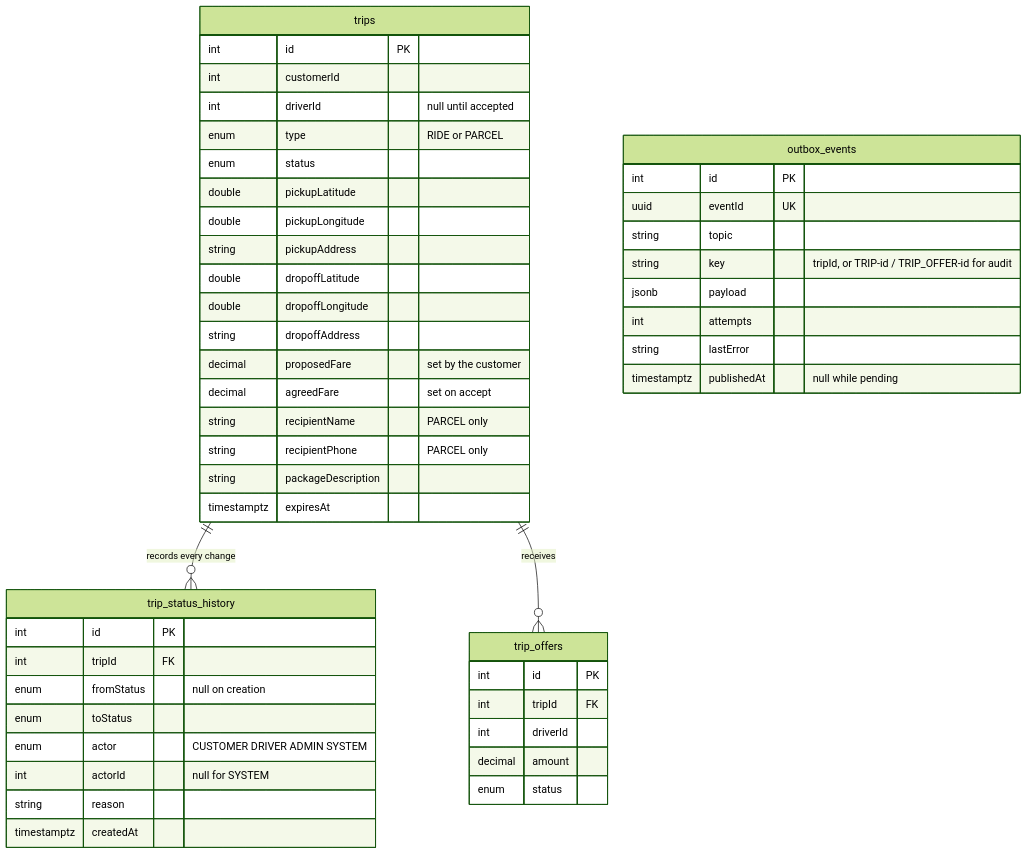
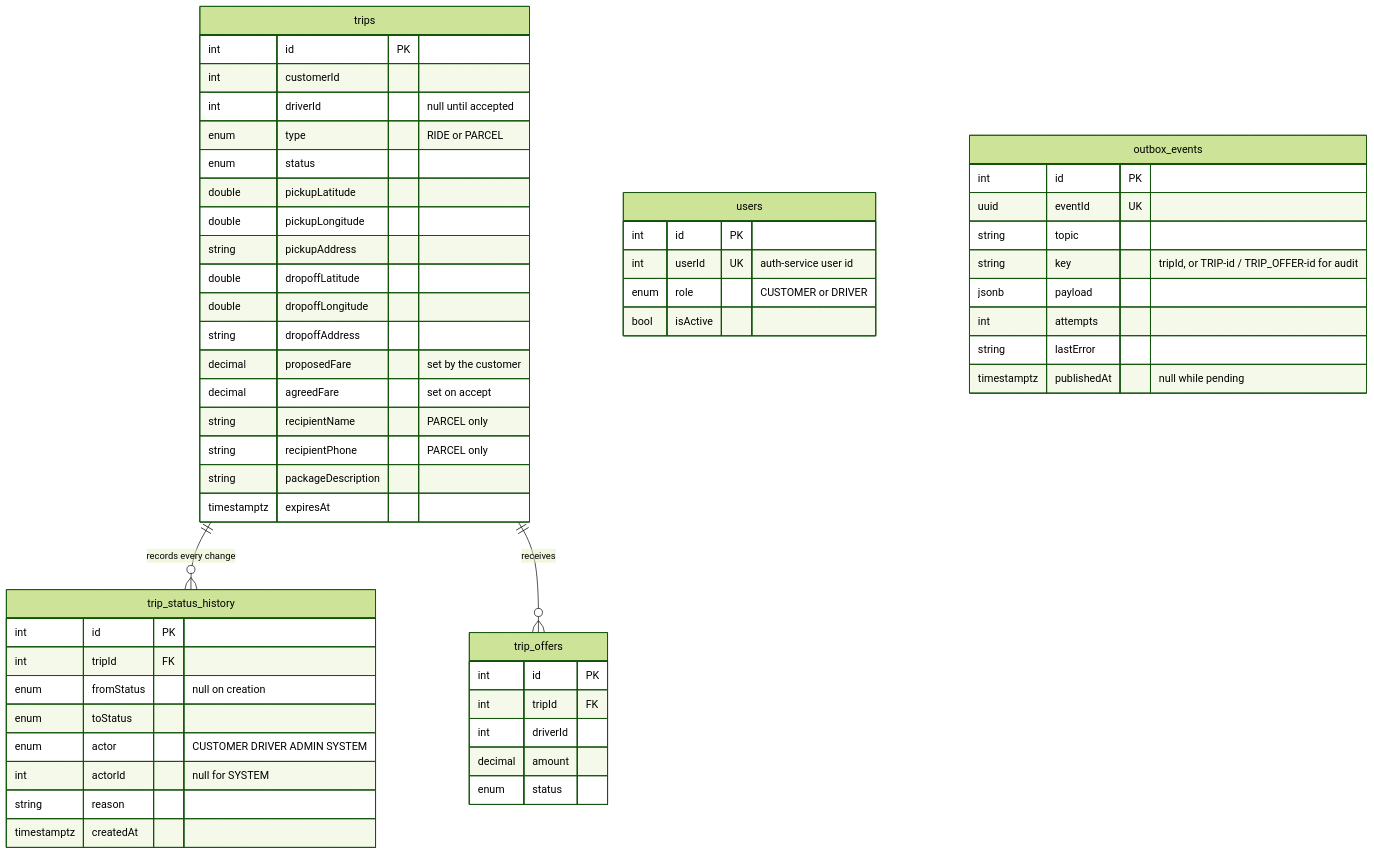
One commit to Mohammed-Taysser/masr3 changed the second of 9 diagrams in docs/services/trip-service.md. Above: the diagram before and after it, drawn with Mermaid (forest theme). The commit also changed other lines of this file and 21 other files, not shown here.

Commit message:
feat(trip-service): keep a copy of customers and drivers from auth.user-changed

````diff
--- a/docs/services/trip-service.md
+++ b/docs/services/trip-service.md
@@ -28,51 +30,57 @@
 ```mermaid
 erDiagram
   trips ||--o{ trip_status_history : "records every change"
   trips ||--o{ trip_offers : "receives"
   trips {
     int id PK
     int customerId
     int driverId "null until accepted"
     enum type "RIDE or PARCEL"
     enum status
     double pickupLatitude
     double pickupLongitude
     string pickupAddress
     double dropoffLatitude
     double dropoffLongitude
     string dropoffAddress
     decimal proposedFare "set by the customer"
     decimal agreedFare "set on accept"
     string recipientName "PARCEL only"
     string recipientPhone "PARCEL only"
     string packageDescription
     timestamptz expiresAt
   }
   trip_status_history {
     int id PK
     int tripId FK
     enum fromStatus "null on creation"
     enum toStatus
     enum actor "CUSTOMER DRIVER ADMIN SYSTEM"
     int actorId "null for SYSTEM"
     string reason
     timestamptz createdAt
   }
   trip_offers {
     int id PK
     int tripId FK
     int driverId
     decimal amount
     enum status
   }
+  users {
+    int id PK
+    int userId UK "auth-service user id"
+    enum role "CUSTOMER or DRIVER"
+    bool isActive
+  }
   outbox_events {
     int id PK
     uuid eventId UK
     string topic
     string key "tripId, or TRIP-id / TRIP_OFFER-id for audit"
     jsonb payload
     int attempts
     string lastError
     timestamptz publishedAt "null while pending"
   }
 ```
````
